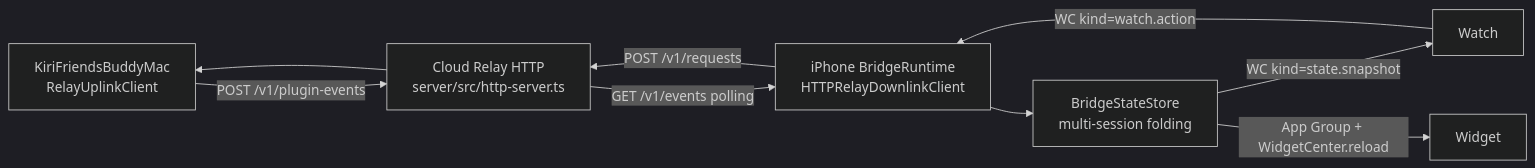
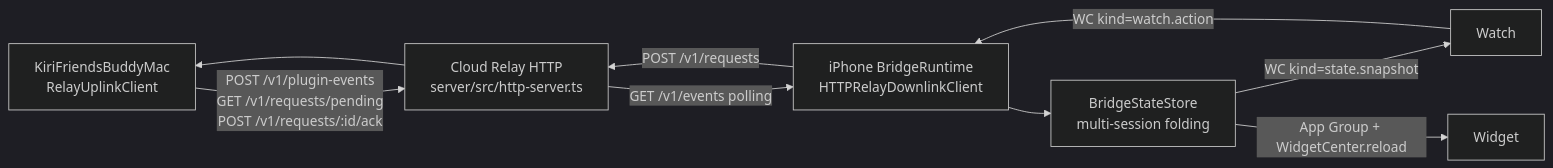
Before and after one commit to Project-Kiri/Kiri-Friends: the second of 2 diagrams in docs/interfaces/mac-buddy.md, drawn with Mermaid (dark theme). The commit also changed other lines of this file and 50 other files, not shown here.

Commit message:
Complete relay runtime and Watch interaction flow

````diff
--- a/docs/interfaces/mac-buddy.md
+++ b/docs/interfaces/mac-buddy.md
@@ -166,11 +166,11 @@
 ```mermaid
 flowchart LR
-  Buddy["KiriFriendsBuddyMac<br/>RelayUplinkClient"] -->|"POST /v1/plugin-events"| Relay["Cloud Relay HTTP<br/>server/src/http-server.ts"]
+  Buddy["KiriFriendsBuddyMac<br/>RelayUplinkClient"] -->|"POST /v1/plugin-events<br/>GET /v1/requests/pending<br/>POST /v1/requests/:id/ack"| Relay["Cloud Relay HTTP<br/>server/src/http-server.ts"]
   Relay -->|"GET /v1/events polling"| Runtime["iPhone BridgeRuntime<br/>HTTPRelayDownlinkClient"]
   Runtime --> Store["BridgeStateStore<br/>multi-session folding"]
   Store -->|"WC kind=state.snapshot"| Watch
   Store -->|"App Group + WidgetCenter.reload"| Widget
   Watch -->|"WC kind=watch.action"| Runtime
   Runtime -->|"POST /v1/requests"| Relay
   Relay --> Buddy
 ```
````
